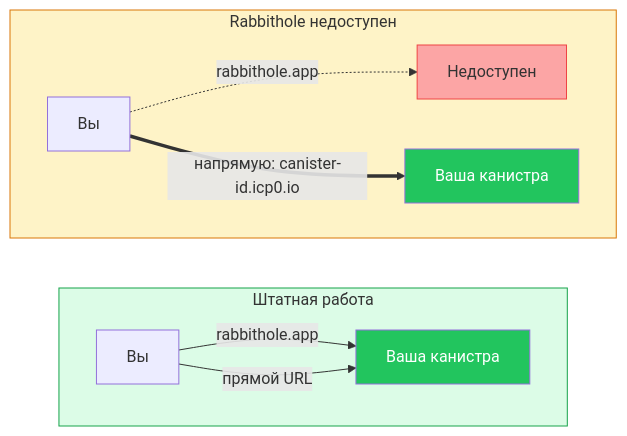
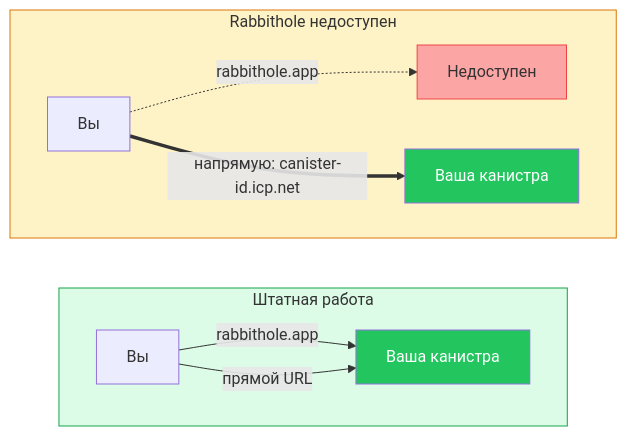
The second of 2 diagrams in apps/docs/src/ru/how-it-works/sovereignty/index.mdx (rabbithole-app/v2), drawn with Mermaid before and after one commit. The commit also changed other lines of this file and 5 other files, not shown here.

````diff
--- a/apps/docs/src/ru/how-it-works/sovereignty/index.mdx
+++ b/apps/docs/src/ru/how-it-works/sovereignty/index.mdx
@@ -117,18 +117,18 @@
 ```mermaid
 flowchart LR
     subgraph NORMAL["Штатная работа"]
         direction LR
         U1[Вы] -->|rabbithole.app| C1[Ваша канистра]
         U1 -->|прямой URL| C1
     end
     subgraph GONE["Rabbithole недоступен"]
         direction LR
         U2[Вы] -.->|rabbithole.app| X[Недоступен]
-        U2 ==>|"напрямую: canister-id.icp0.io"| C2[Ваша канистра]
+        U2 ==>|"напрямую: canister-id.icp.net"| C2[Ваша канистра]
     end
     style NORMAL fill:#dcfce7,stroke:#16a34a
     style GONE fill:#fef3c7,stroke:#d97706
     style X fill:#fca5a5,stroke:#ef4444
     style C1 fill:#22c55e,color:#fff
     style C2 fill:#22c55e,color:#fff
 ```
````
